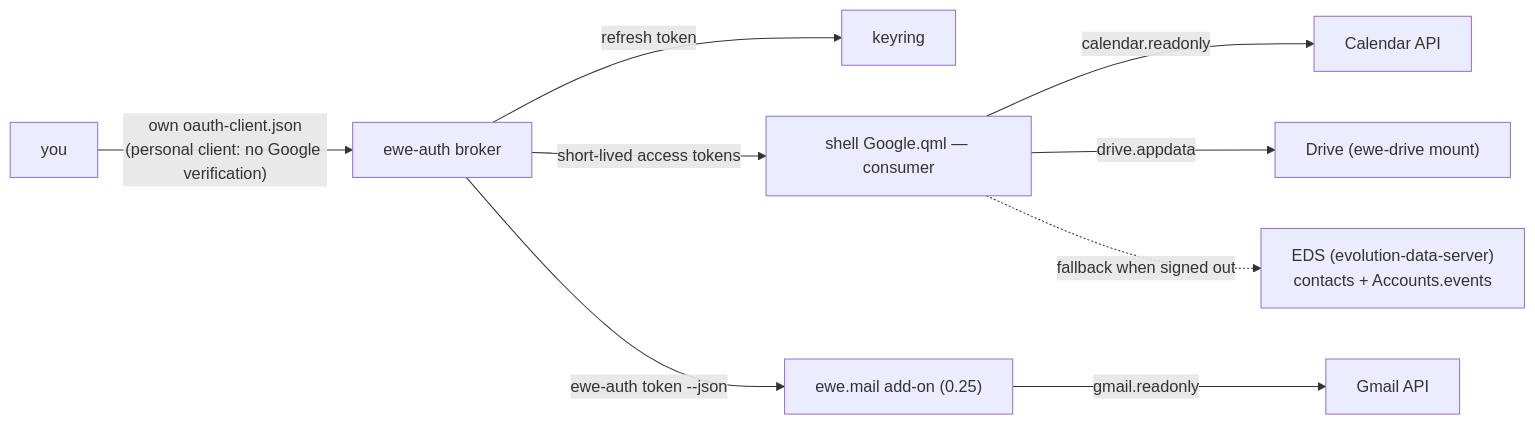
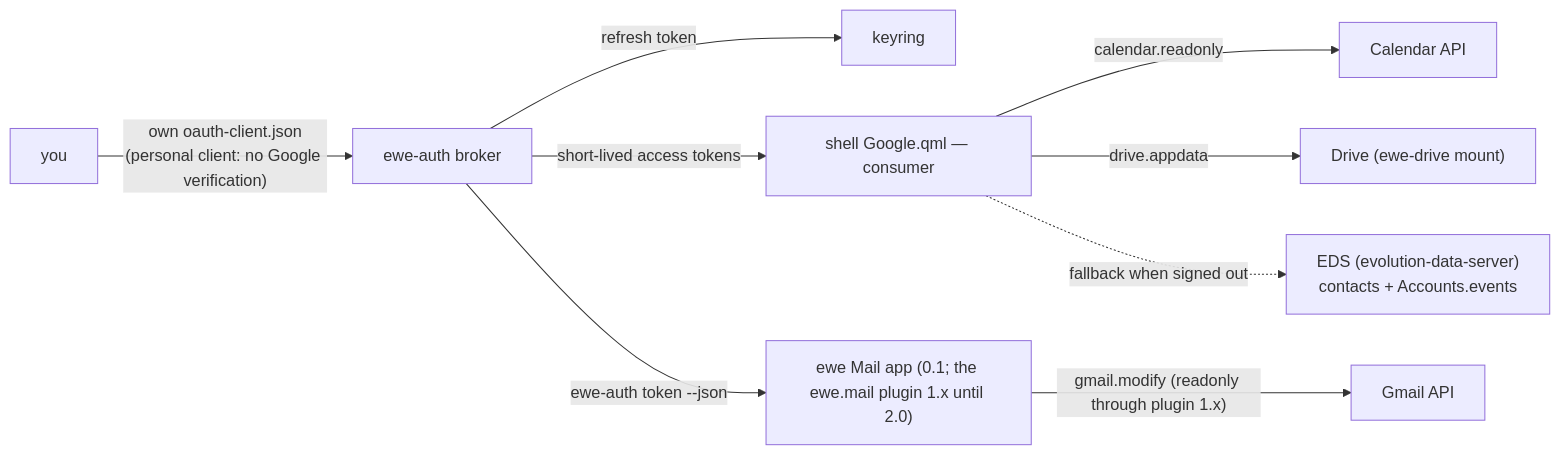
The diagram in 03-Components/Google Extras.md (prj786/ewe-map), drawn with Mermaid before and after one commit. The commit also changed other lines of this file and 15 other files, not shown here.

First line of the commit message:
vault: ewe Mail released — the 0.51 wave (ewe 0.51.0-beta, ewe Mail 0.1.0-beta, ewe Sync 0.18.0, Komble 0.26.2, the Mail plugin 2.0.0); decision 83

````diff
--- a/03-Components/Google Extras.md
+++ b/03-Components/Google Extras.md
@@ -21,11 +21,11 @@
 ```mermaid
 flowchart LR
     U["you"] -->|"own oauth-client.json<br/>(personal client: no Google verification)"| AUTH["ewe-auth broker"]
     AUTH -->|"refresh token"| KEY["keyring"]
     AUTH -->|"short-lived access tokens"| SH["shell Google.qml — consumer"]
     SH -->|"calendar.readonly"| CAL["Calendar API"]
-    AUTH -->|"ewe-auth token --json"| MAIL["ewe.mail add-on (0.25)"]
-    MAIL -->|"gmail.readonly"| GMAIL["Gmail API"]
+    AUTH -->|"ewe-auth token --json"| MAIL["ewe Mail app (0.1; the ewe.mail plugin 1.x until 2.0)"]
+    MAIL -->|"gmail.modify (readonly through plugin 1.x)"| GMAIL["Gmail API"]
     SH -->|"drive.appdata"| DRIVE["Drive (ewe-drive mount)"]
     SH -.->|"fallback when signed out"| EDS["EDS (evolution-data-server)<br/>contacts + Accounts.events"]
 ```
````
